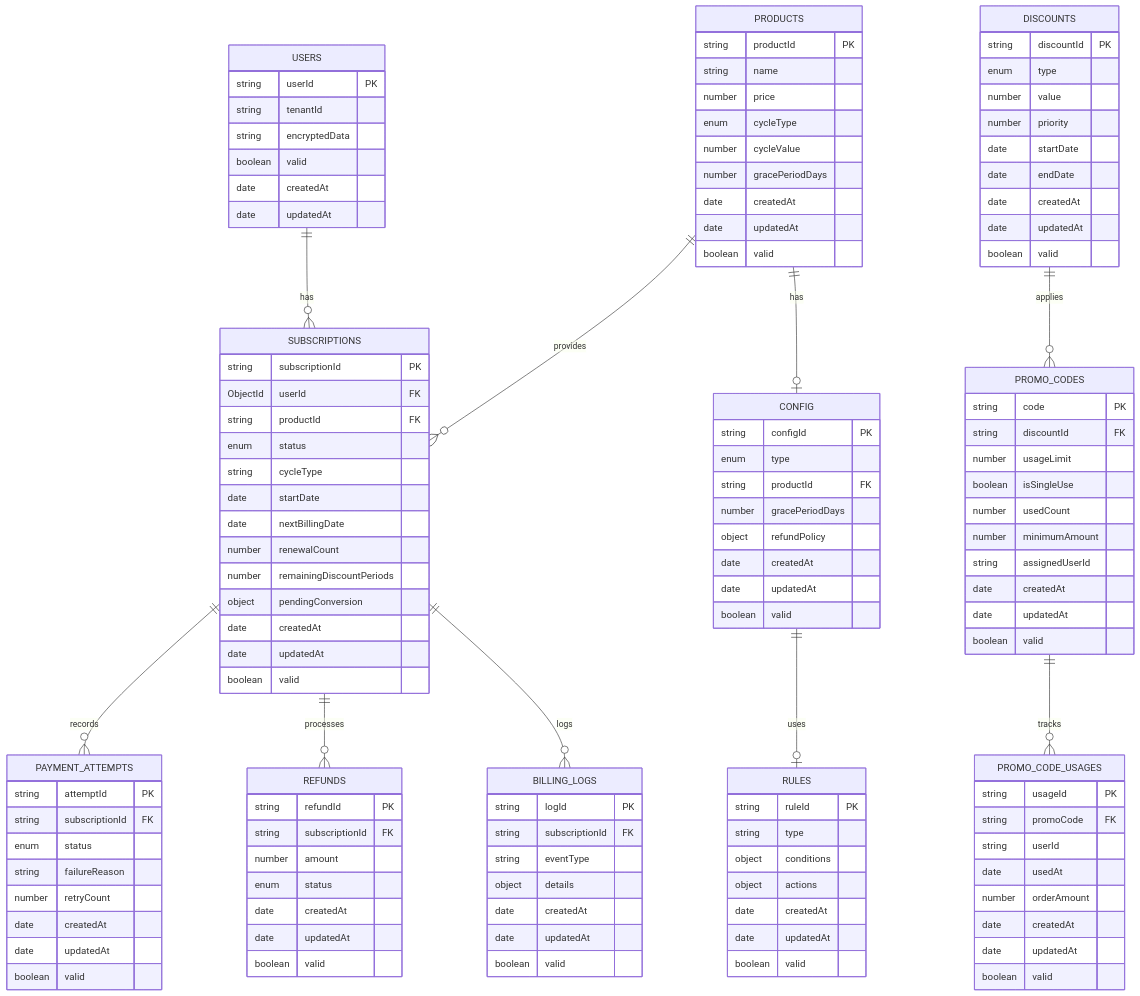
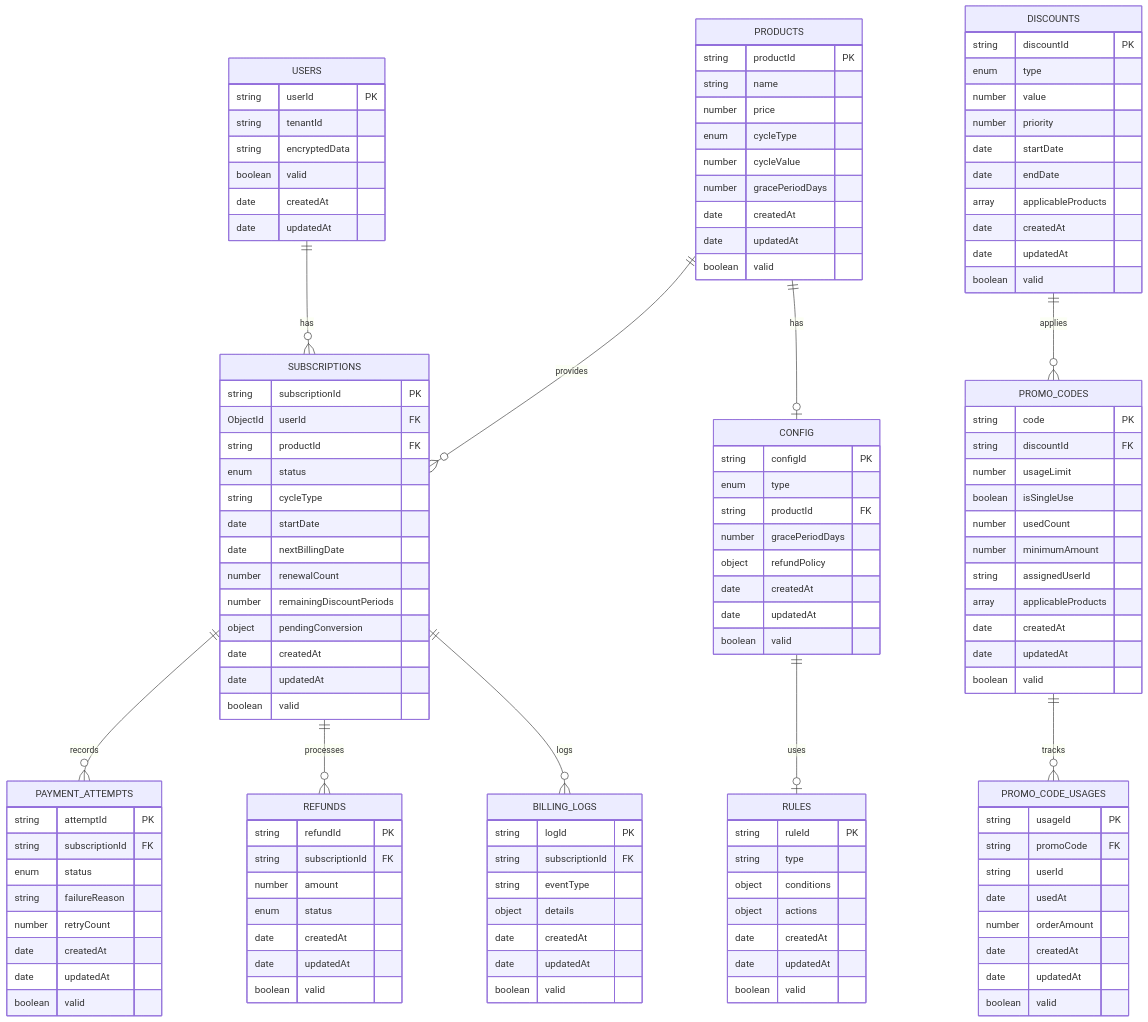
The second of 7 diagrams in docs/docs_0_7/billingBot_v0.7.1_system_design.markdown (xxxhand/auto-billing-bot), drawn with Mermaid before and after one commit. The commit also changed other lines of this file and 19 other files, not shown here.

```diff
--- a/docs/docs_0_7/billingBot_v0.7.1_system_design.markdown
+++ b/docs/docs_0_7/billingBot_v0.7.1_system_design.markdown
@@ -262,6 +264,7 @@
         number priority
         date startDate
         date endDate
+        array applicableProducts
         date createdAt
         date updatedAt
         boolean valid 
@@ -275,6 +278,7 @@
         number usedCount
         number minimumAmount
         string assignedUserId
+        array applicableProducts
         date createdAt
         date updatedAt
         boolean valid
```
